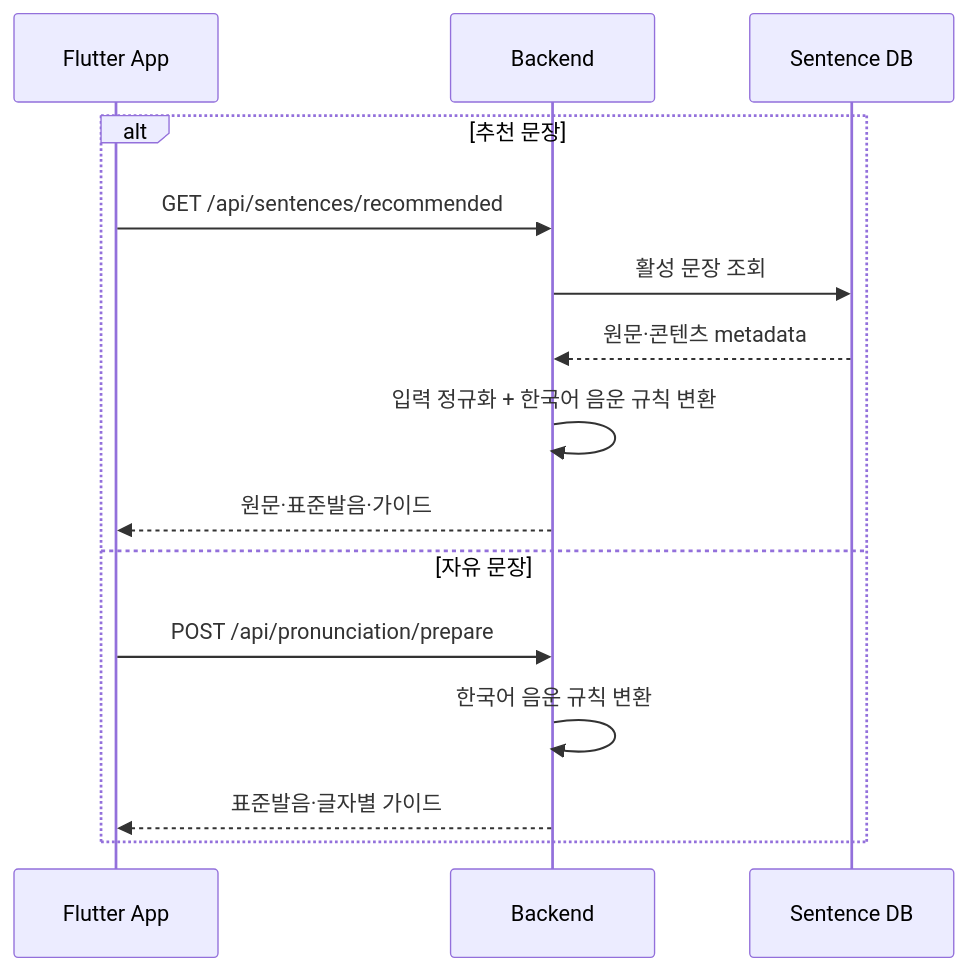
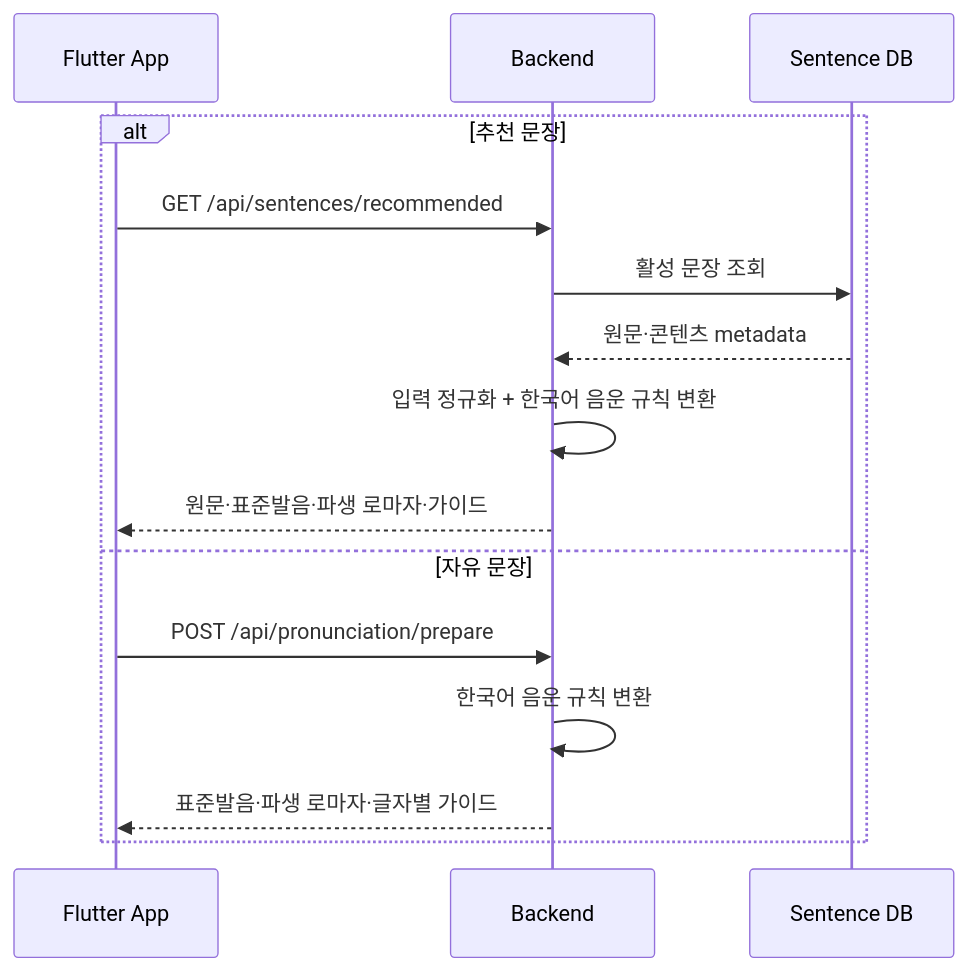
One commit to byeok99/LingKo changed the first of 2 diagrams in docs/architecture/evaluation-flow.md. Above: the diagram before and after it, drawn with Mermaid. The commit also changed other lines of this file and 46 other files, not shown here.

````diff
--- a/docs/architecture/evaluation-flow.md
+++ b/docs/architecture/evaluation-flow.md
@@ -7,18 +7,18 @@
 ```mermaid
 sequenceDiagram
     participant A as Flutter App
     participant B as Backend
     participant D as Sentence DB
 
     alt 추천 문장
       A->>B: GET /api/sentences/recommended
       B->>D: 활성 문장 조회
       D-->>B: 원문·콘텐츠 metadata
       B->>B: 입력 정규화 + 한국어 음운 규칙 변환
-      B-->>A: 원문·표준발음·가이드
+      B-->>A: 원문·표준발음·파생 로마자·가이드
     else 자유 문장
       A->>B: POST /api/pronunciation/prepare
       B->>B: 한국어 음운 규칙 변환
-      B-->>A: 표준발음·글자별 가이드
+      B-->>A: 표준발음·파생 로마자·글자별 가이드
     end
 ```
````
